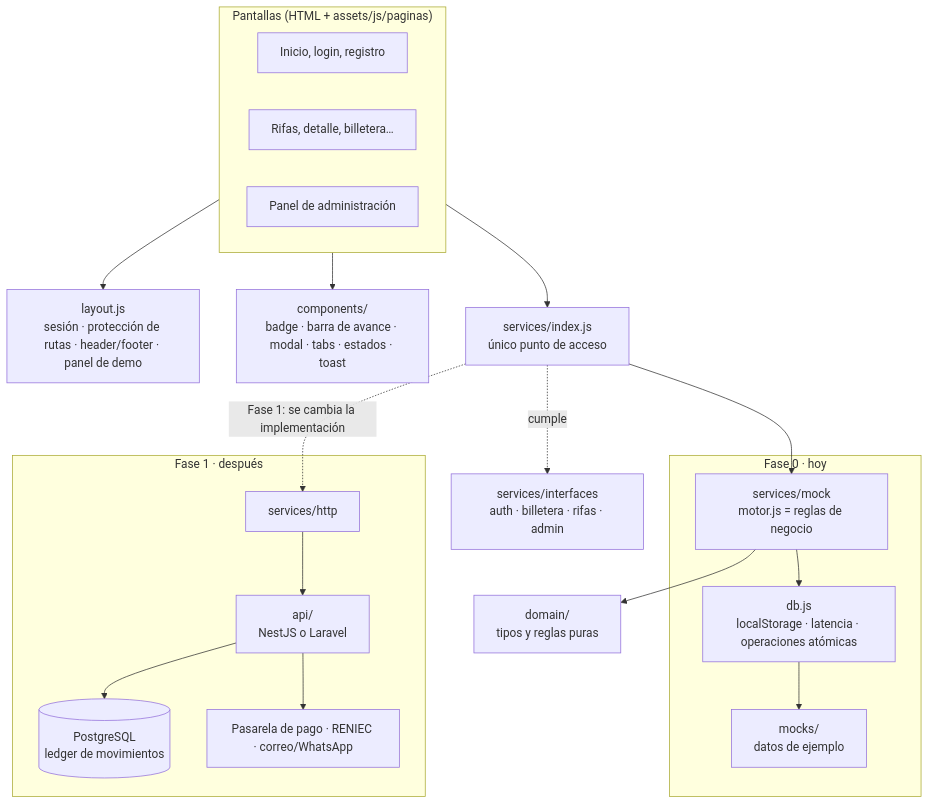
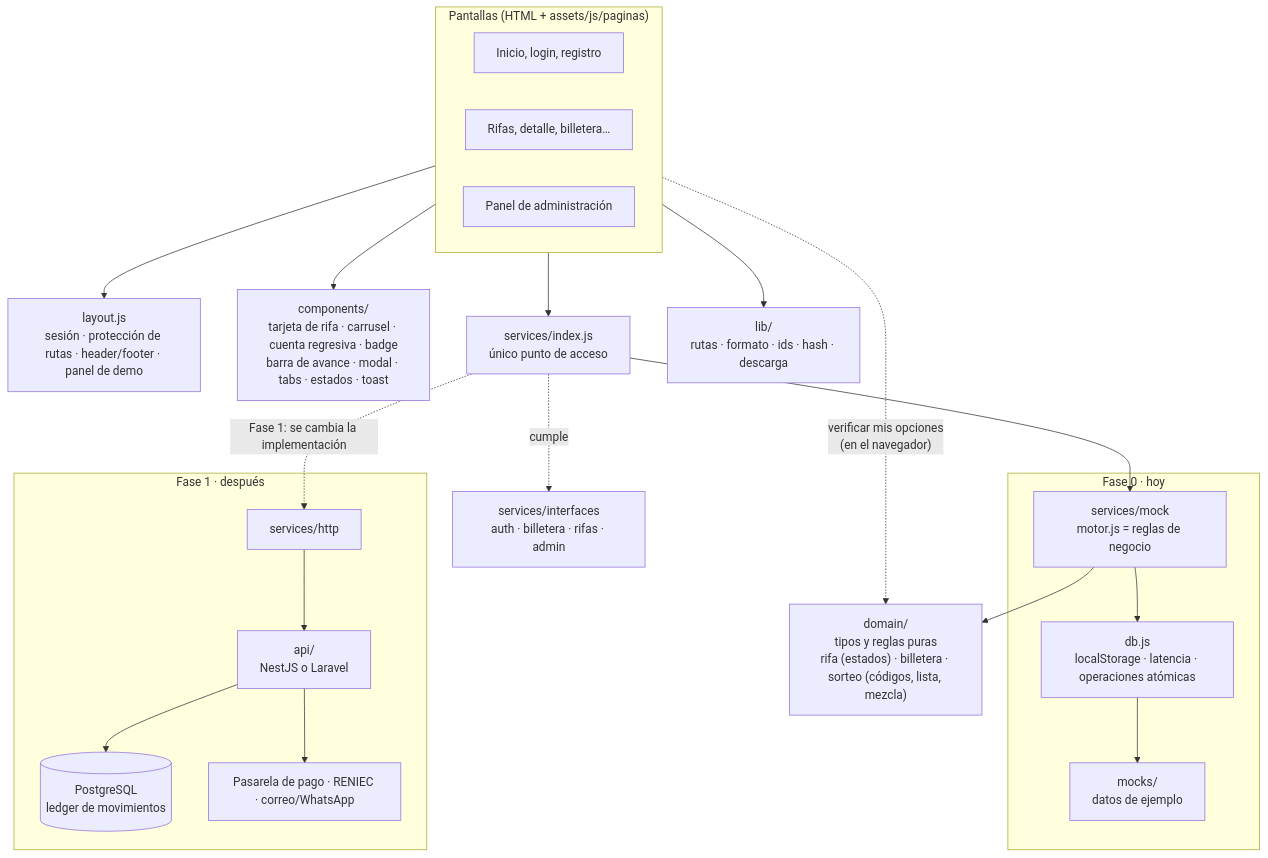
The diagram in docs/diagramas/arquitectura.md (djimenef/Rifas-project), drawn with Mermaid before and after one commit. The commit also changed 7 other files, not shown here.

First line of the commit message:
docs(diagramas): todo en Mermaid, índice de diagramas y extensión recomendada

````diff
--- a/docs/diagramas/arquitectura.md
+++ b/docs/diagramas/arquitectura.md
@@ -5,40 +5,42 @@
 ```mermaid
 flowchart TB
     subgraph PANTALLAS["Pantallas (HTML + assets/js/paginas)"]
         P1["Inicio, login, registro"]
         P2["Rifas, detalle, billetera…"]
         P3["Panel de administración"]
     end
 
     L["layout.js<br/>sesión · protección de rutas · header/footer · panel de demo"]
-    C["components/<br/>badge · barra de avance · modal · tabs · estados · toast"]
+    C["components/<br/>tarjeta de rifa · carrusel · cuenta regresiva · badge<br/>barra de avance · modal · tabs · estados · toast"]
     S["services/index.js<br/>único punto de acceso"]
     I["services/interfaces<br/>auth · billetera · rifas · admin"]
-    D["domain/<br/>tipos y reglas puras"]
+    D["domain/<br/>tipos y reglas puras<br/>rifa (estados) · billetera · sorteo (códigos, lista, mezcla)"]
 
     subgraph FASE0["Fase 0 · hoy"]
         M["services/mock<br/>motor.js = reglas de negocio"]
         DB["db.js<br/>localStorage · latencia · operaciones atómicas"]
         MK["mocks/<br/>datos de ejemplo"]
     end
 
     subgraph FASE1["Fase 1 · después"]
         H["services/http"]
         API["api/<br/>NestJS o Laravel"]
         BD[("PostgreSQL<br/>ledger de movimientos")]
         EXT["Pasarela de pago · RENIEC · correo/WhatsApp"]
     end
 
     PANTALLAS --> L
     PANTALLAS --> C
     PANTALLAS --> S
+    PANTALLAS --> LIB["lib/<br/>rutas · formato · ids · hash · descarga"]
+    PANTALLAS -. "verificar mis opciones<br/>(en el navegador)" .-> D
     S -. "cumple" .-> I
     S --> M
     M --> D
     M --> DB
     DB --> MK
     S -. "Fase 1: se cambia la implementación" .-> H
     H --> API
     API --> BD
     API --> EXT
 ```
````
